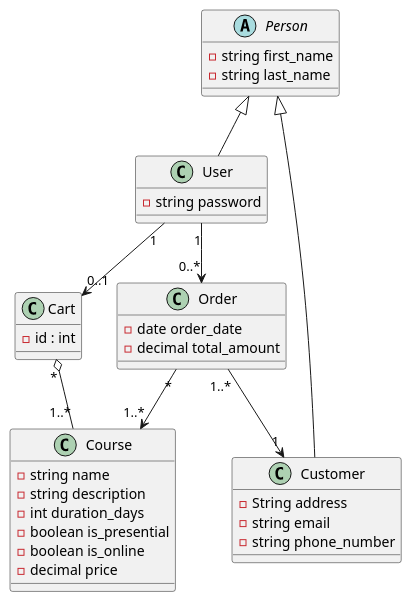
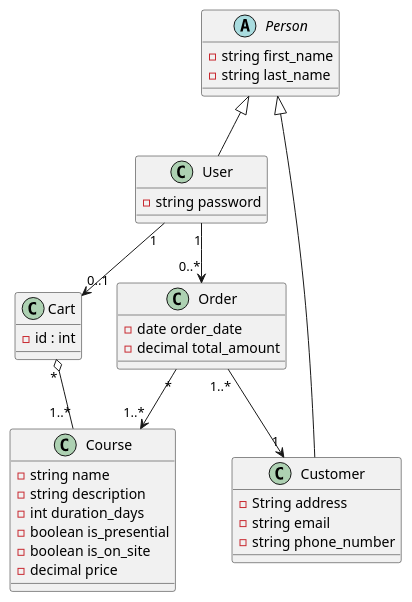
Before and after one commit to AmandineGrardLaurent/JavaEvaluationBusiness: the diagram in docs/diagram_classes.puml, drawn with PlantUML. The commit also changed 6 other files, not shown here.

First line of the commit message:
fix: rename course type from online/presential to online/onSite     - Updated all files and database columns to replace 'presential' with 'onSite'

```diff
--- a/docs/diagram_classes.puml
+++ b/docs/diagram_classes.puml
@@ -1,46 +1,46 @@
 @startuml
 
 abstract class Person {
     - string first_name
     - string last_name
 }
 
 class User {
     - string password
 }
 
 class Customer {
     - String address
     - string email
     - string phone_number
 }
 
 Person <|-- User
 Person <|-- Customer
 
 class Course {
     - string name
     - string description
     - int duration_days
     - boolean is_presential
-    - boolean is_online
+    - boolean is_on_site
     - decimal price
 }
 
 class Cart {
     - id : int
 }
 
 Cart "*" o-- "1..*" Course
 User "1" --> "0..1" Cart
 
 class Order {
     - date order_date
     - decimal total_amount
 }
 
 Order "*" --> "1..*" Course
 Order "1..*" --> "1" Customer
 User "1" --> "0..*" Order
 
 @enduml
```
